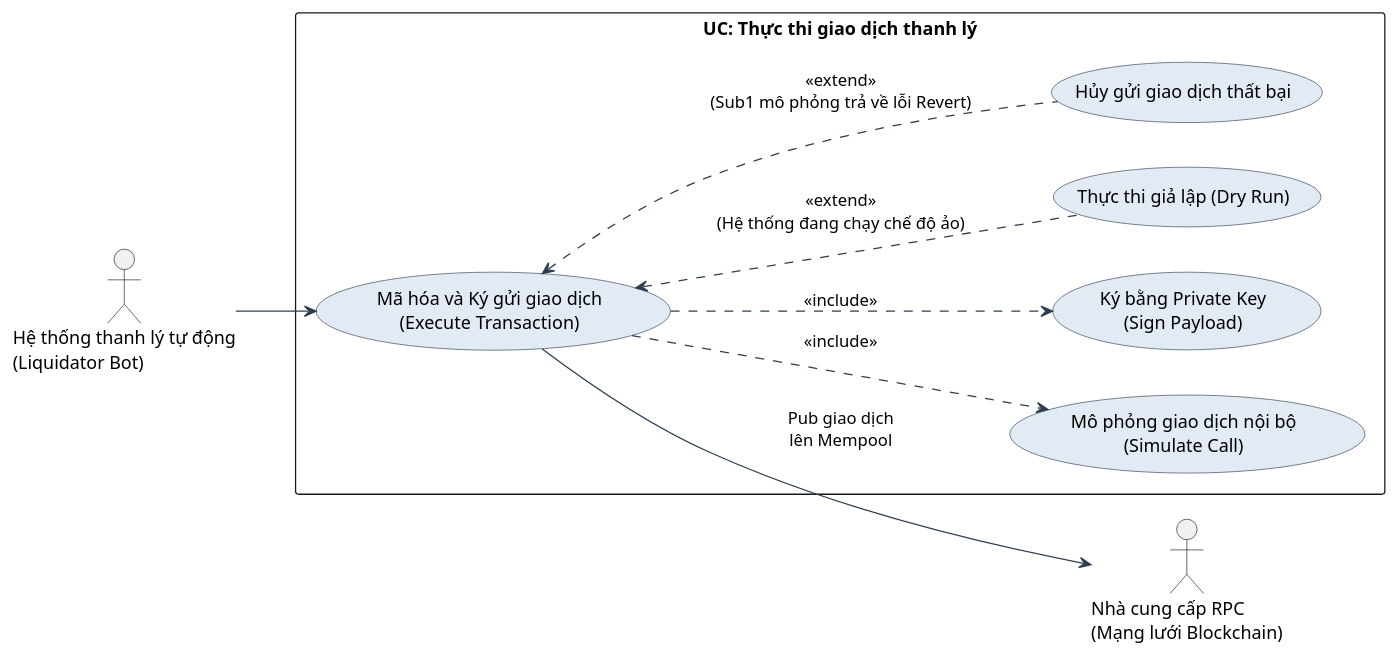
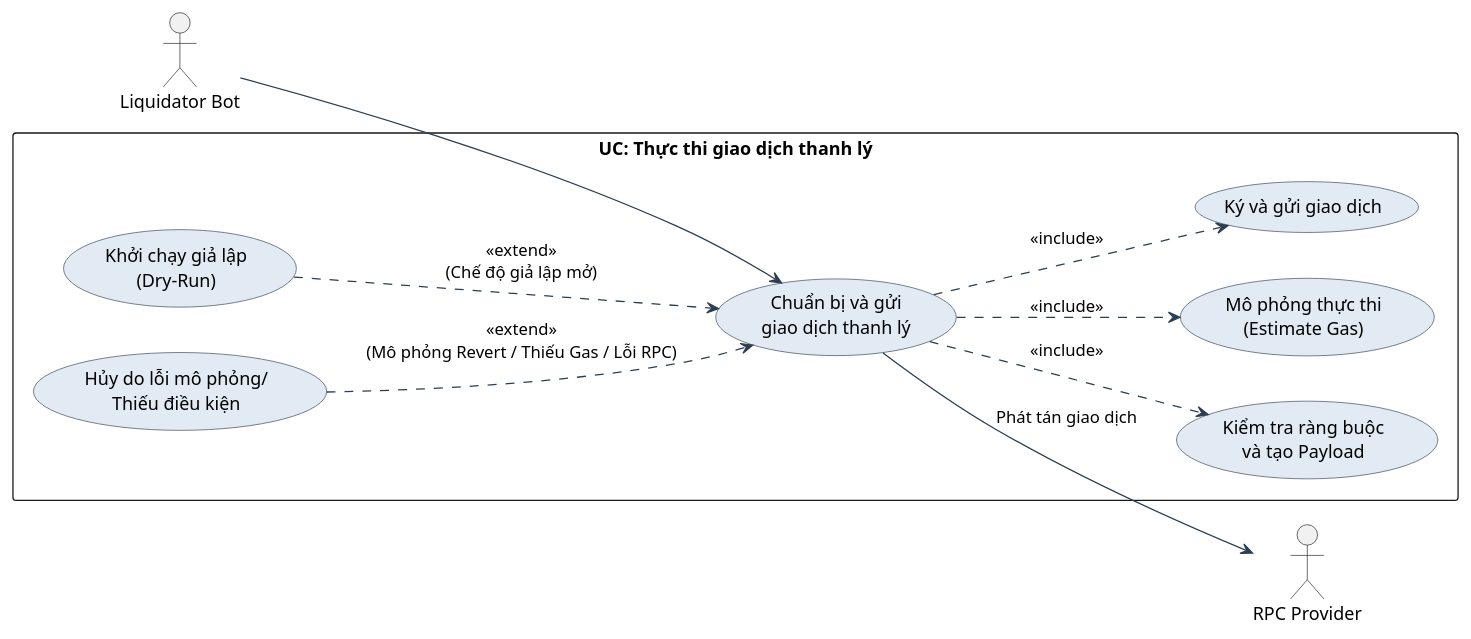
The diagram in docs/diagrams/05_executor_uc09.puml (dominhquangklhd/liquidator), drawn with PlantUML before and after one commit. The commit also changed 10 other files, not shown here.

Commit message:
update uc diagram

```diff
--- a/docs/diagrams/05_executor_uc09.puml
+++ b/docs/diagrams/05_executor_uc09.puml
@@ -1,38 +1,40 @@
 @startuml
 skinparam packageStyle rectangle
 skinparam backgroundColor #FFFFFF
 skinparam usecase {
     BackgroundColor #E2EAF4
     BorderColor #2C3E50
     ArrowColor #2C3E50
     FontName Arial
 }
 
 left to right direction
 
-actor "Hệ thống thanh lý tự động\n(Liquidator Bot)" as Bot
-actor "Nhà cung cấp RPC\n(Mạng lưới Blockchain)" as RPC
+actor "Liquidator Bot" as Bot
+actor "RPC Provider" as RPC
 
 rectangle "UC: Thực thi giao dịch thanh lý" {
     
-    usecase "Mã hóa và Ký gửi giao dịch\n(Execute Transaction)" as UC09
+    usecase "Chuẩn bị và gửi\ngiao dịch thanh lý" as UC09
     
-    usecase "Mô phỏng giao dịch nội bộ\n(Simulate Call)" as Sub1
-    usecase "Ký bằng Private Key\n(Sign Payload)" as Sub2
+    usecase "Kiểm tra ràng buộc\nvà tạo Payload" as Sub1
+    usecase "Mô phỏng thực thi\n(Estimate Gas)" as Sub2
+    usecase "Ký và gửi giao dịch" as Sub3
     
-    usecase "Thực thi giả lập (Dry Run)" as Ext1
-    usecase "Hủy gửi giao dịch thất bại" as Ext2
+    usecase "Khởi chạy giả lập\n(Dry-Run)" as Ext1
+    usecase "Hủy do lỗi mô phỏng/\nThiếu điều kiện" as Ext2
 }
 
 Bot --> UC09
-UC09 --> RPC : "Pub giao dịch\nlên Mempool"
+UC09 --> RPC : "Phát tán giao dịch"
 
-' Cốt lõi của việc gửi tx thành công phụ thuộc vào giả lập và ký tay
+' Các luồng sự kiện chính
 UC09 ..> Sub1 : <<include>>
 UC09 ..> Sub2 : <<include>>
+UC09 ..> Sub3 : <<include>>
 
-' Mở rộng ngoại lệ chặn giao dịch
-Ext1 .up.> UC09 : <<extend>>\n(Hệ thống đang chạy chế độ ảo)
-Ext2 .up.> UC09 : <<extend>>\n(Sub1 mô phỏng trả về lỗi Revert)
+' Các luồng ngoại lệ / thay thế
+Ext1 .down.> UC09 : <<extend>>\n(Chế độ giả lập mở)
+Ext2 .down.> UC09 : <<extend>>\n(Mô phỏng Revert / Thiếu Gas / Lỗi RPC)
 
 @enduml
```
